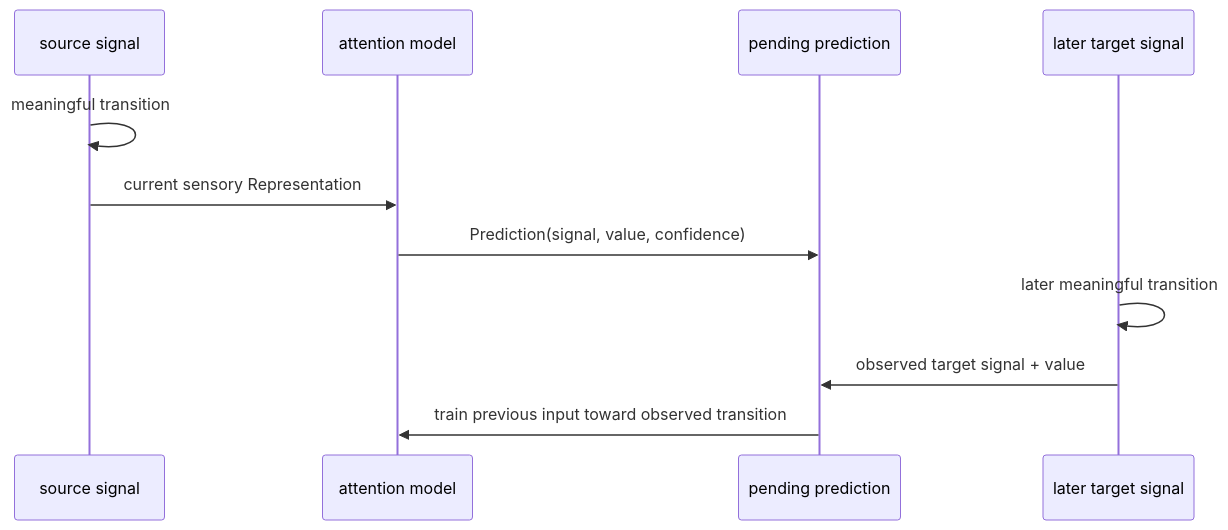
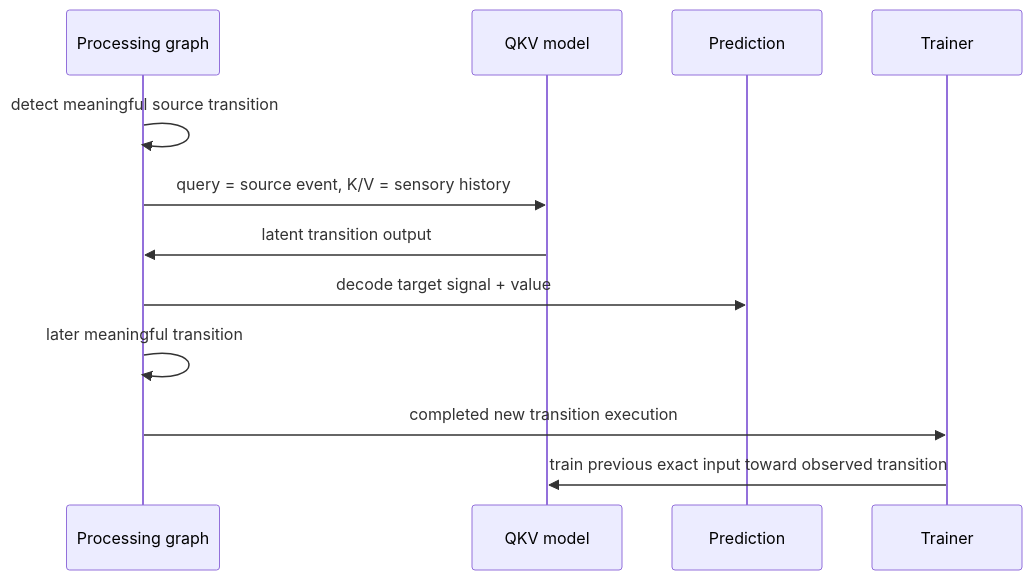
The third of 6 diagrams in docs/expectations.md (skasti/skyn-vaettr), drawn with Mermaid before and after one commit. The commit also changed other lines of this file, not shown here.

Commit message:
docs: align prediction pipeline with implementation

````diff
--- a/docs/expectations.md
+++ b/docs/expectations.md
@@ -48,14 +60,15 @@
 ```mermaid
 sequenceDiagram
-    participant S as source signal
-    participant M as attention model
-    participant P as pending prediction
-    participant T as later target signal
+    participant G as Processing graph
+    participant M as QKV model
+    participant P as Prediction
+    participant T as Trainer
 
-    S->>S: meaningful transition
-    S->>M: current sensory Representation
-    M->>P: Prediction(signal, value, confidence)
-    T->>T: later meaningful transition
-    T->>P: observed target signal + value
-    P->>M: train previous input toward observed transition
+    G->>G: detect meaningful source transition
+    G->>M: query = source event, K/V = sensory history
+    M->>G: latent transition output
+    G->>P: decode target signal + value
+    G->>G: later meaningful transition
+    G->>T: completed new transition execution
+    T->>M: train previous exact input toward observed transition
 ```
````
